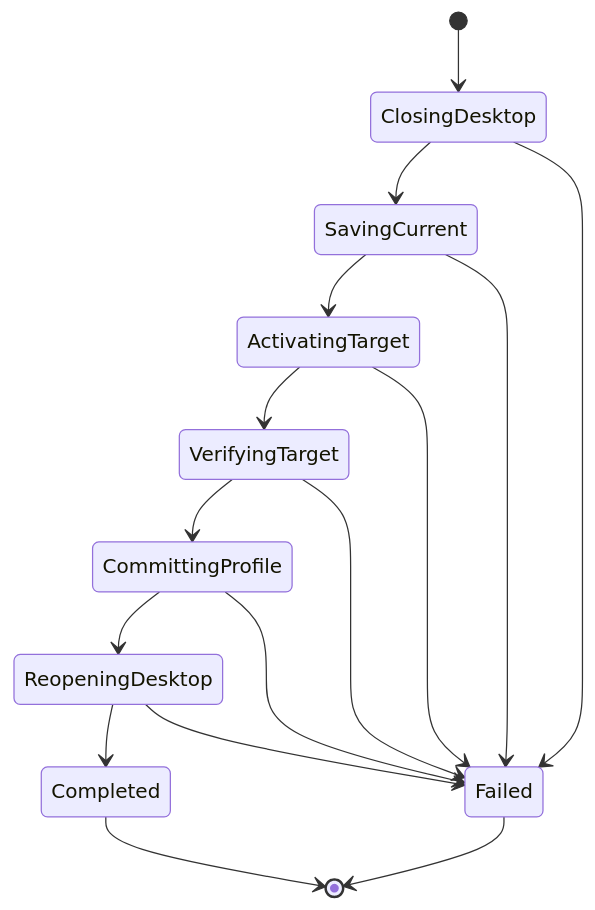
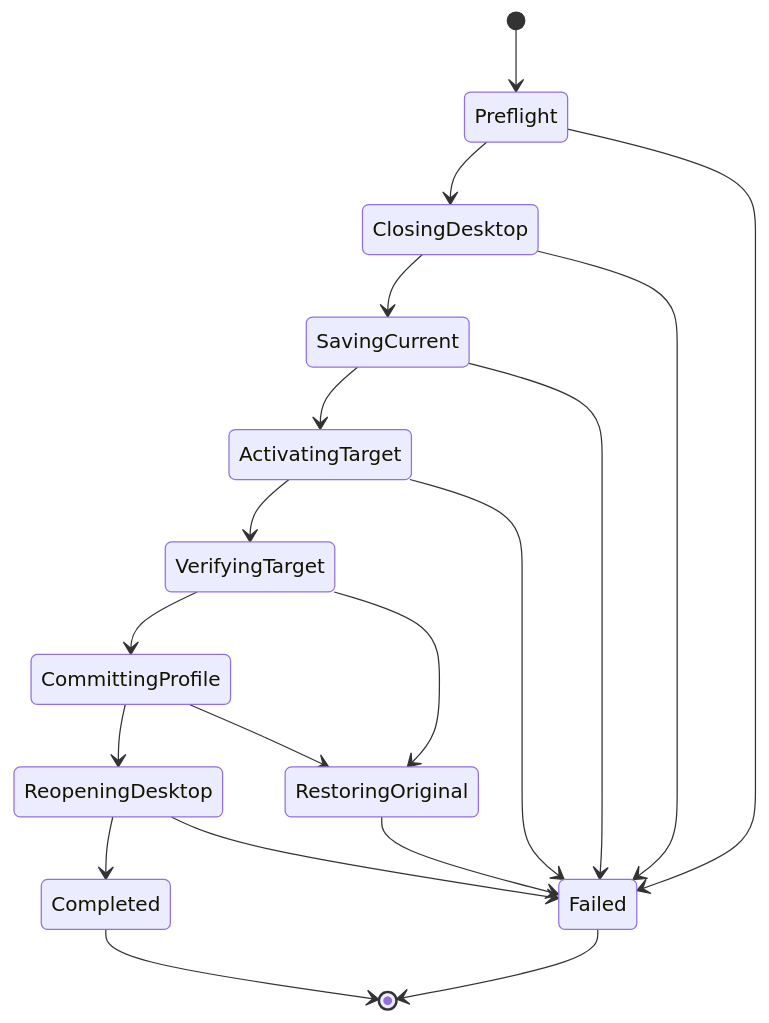
Before and after one commit to liuzhao1225/codex-account-switcher: the second of 3 diagrams in docs/system-design.md, drawn with Mermaid. The commit also changed other lines of this file and 12 other files, not shown here.

````diff
--- a/docs/system-design.md
+++ b/docs/system-design.md
@@ -420,20 +420,23 @@
 ```mermaid
 stateDiagram-v2
-    [*] --> ClosingDesktop
+    [*] --> Preflight
+    Preflight --> ClosingDesktop
     ClosingDesktop --> SavingCurrent
     SavingCurrent --> ActivatingTarget
     ActivatingTarget --> VerifyingTarget
     VerifyingTarget --> CommittingProfile
     CommittingProfile --> ReopeningDesktop
     ReopeningDesktop --> Completed
 
+    Preflight --> Failed
     ClosingDesktop --> Failed
     SavingCurrent --> Failed
     ActivatingTarget --> Failed
-    VerifyingTarget --> Failed
-    CommittingProfile --> Failed
+    VerifyingTarget --> RestoringOriginal
+    CommittingProfile --> RestoringOriginal
+    RestoringOriginal --> Failed
     ReopeningDesktop --> Failed
 
     Completed --> [*]
     Failed --> [*]
 ```
````
